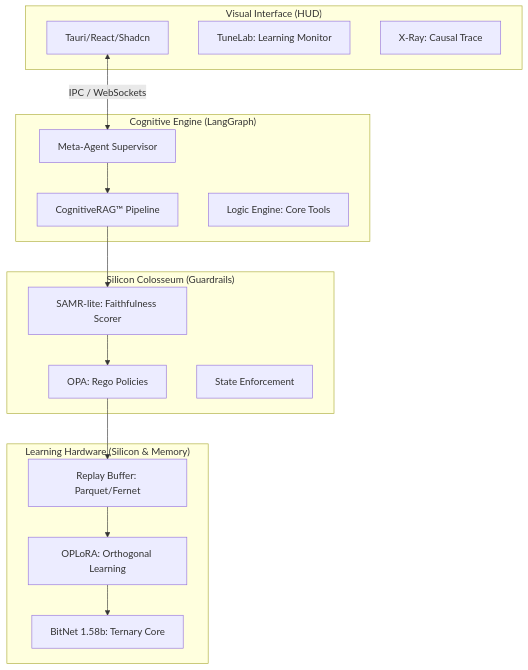
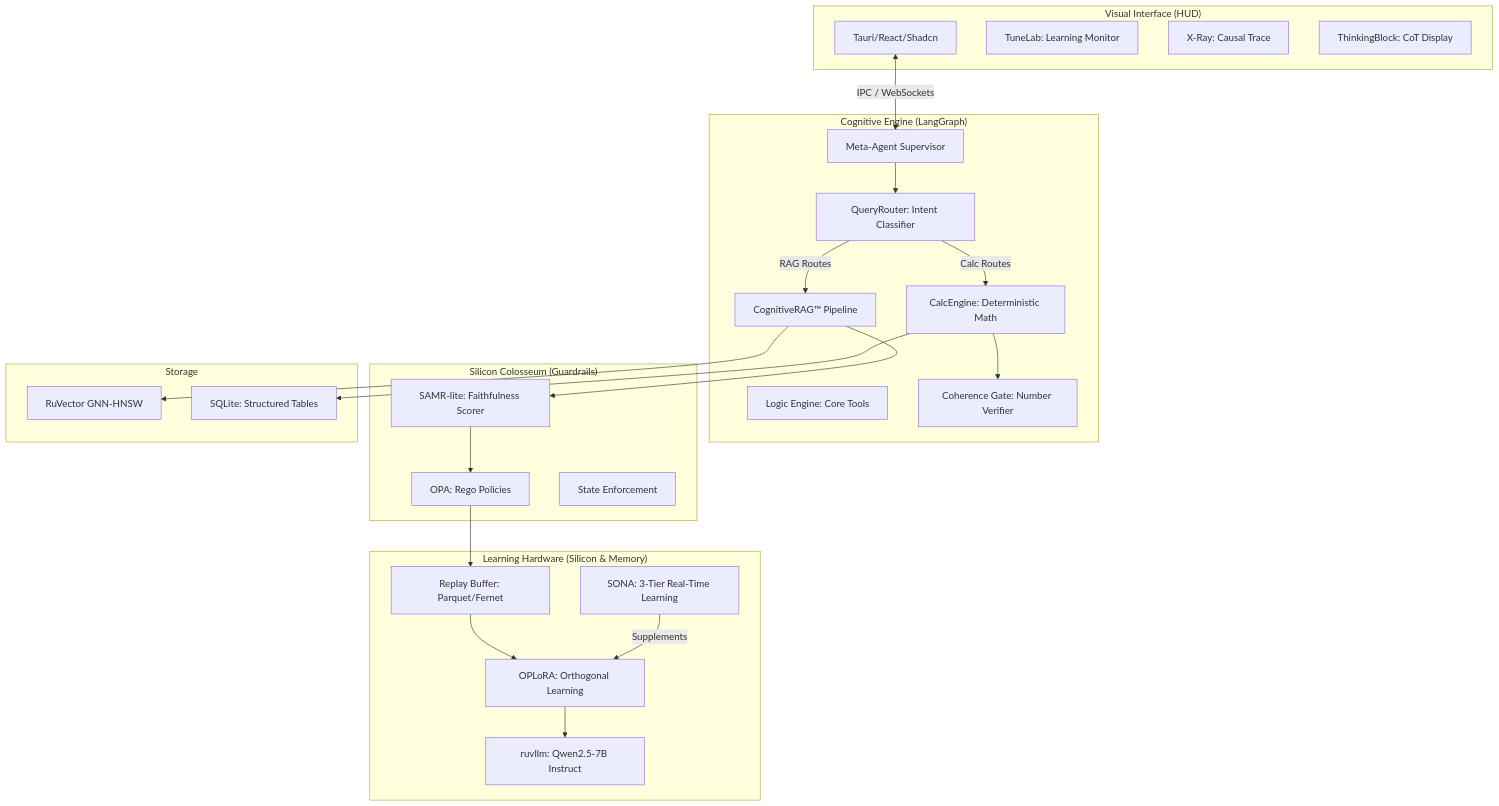
Before and after one commit to NeoOne601/AtherForge: the diagram in README.md, drawn with Mermaid. The commit also changed other lines of this file and 32 other files, not shown here.

````diff
--- a/README.md
+++ b/README.md
@@ -27,39 +27,56 @@
 ```mermaid
 graph TD
     %% Frontend Layer
     subgraph "Visual Interface (HUD)"
         UI[Tauri/React/Shadcn]
         TuneLab[TuneLab: Learning Monitor]
         TraceHUD[X-Ray: Causal Trace]
+        ThinkingUI[ThinkingBlock: CoT Display]
     end
 
     %% Orchestration Layer
     subgraph "Cognitive Engine (LangGraph)"
         Supervisor[Meta-Agent Supervisor]
+        Router[QueryRouter: Intent Classifier]
+        CalcEng[CalcEngine: Deterministic Math]
         RagForge[CognitiveRAG™ Pipeline]
         Logic[Logic Engine: Core Tools]
+        CoherenceGate[Coherence Gate: Number Verifier]
     end
 
     %% Inference & Learning Layer
     subgraph "Learning Hardware (Silicon & Memory)"
-        BitNet[BitNet 1.58b: Ternary Core]
+        ruvllm[ruvllm: Qwen2.5-7B Instruct]
         OpLoRA[OPLoRA: Orthogonal Learning]
+        SONA[SONA: 3-Tier Real-Time Learning]
         RB[Replay Buffer: Parquet/Fernet]
     end
 
     %% Trust & Governance Layer
     subgraph "Silicon Colosseum (Guardrails)"
         OPA[OPA: Rego Policies]
         FSM[State Enforcement]
         SAMR[SAMR-lite: Faithfulness Scorer]
     end
 
+    %% Storage Layer
+    subgraph "Storage"
+        RuVector[RuVector GNN-HNSW]
+        SQLite[SQLite: Structured Tables]
+    end
+
     %% Communication
     UI <-->|IPC / WebSockets| Supervisor
-    Supervisor --> RagForge
+    Supervisor --> Router
+    Router -->|Calc Routes| CalcEng
+    Router -->|RAG Routes| RagForge
+    CalcEng --> SQLite
+    CalcEng --> CoherenceGate
+    RagForge --> RuVector
     RagForge --> SAMR
     SAMR --> OPA
     OPA --> RB
     RB --> OpLoRA
-    OpLoRA --> BitNet
+    SONA -->|Supplements| OpLoRA
+    OpLoRA --> ruvllm
 ```
````
